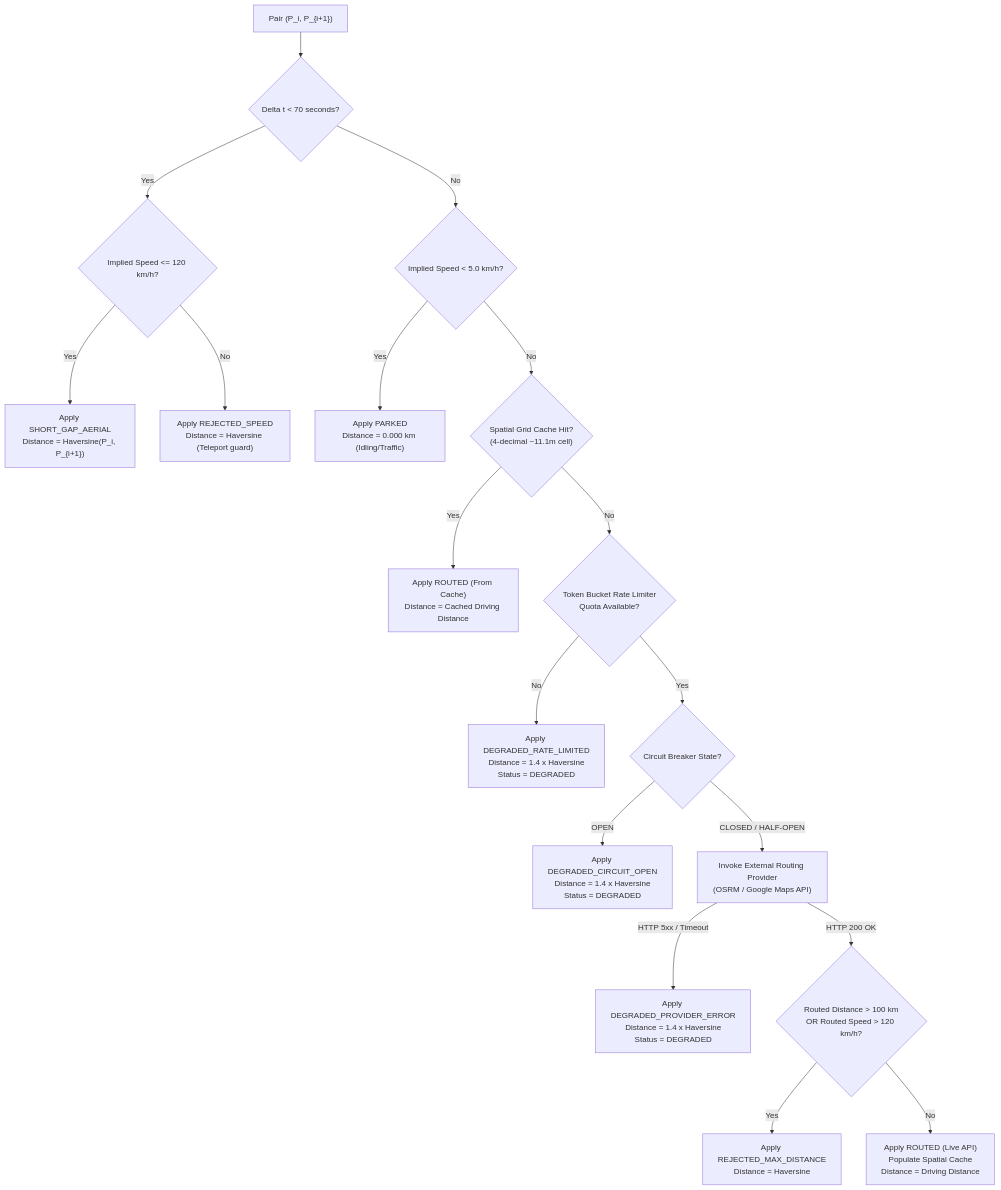
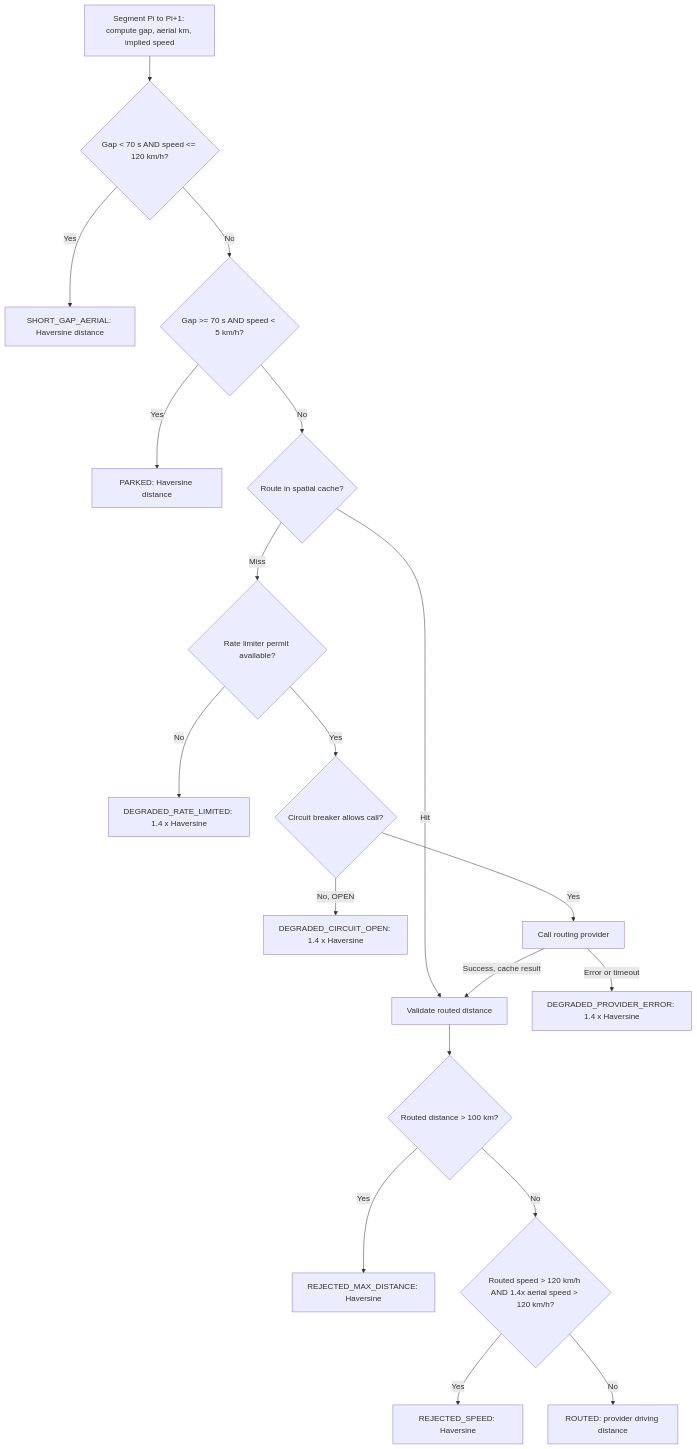
One commit to kamran-asif/GPS-Gap-Backfill-Billable-Distance-Reconstruction changed the third of 6 diagrams in README.md. Above: the diagram before and after it, drawn with Mermaid. The commit also changed other lines of this file, not shown here.

Commit message:
docs: professional README rewrite; align rules, API, schema and run instructions with code

````diff
--- a/README.md
+++ b/README.md
@@ -223,27 +244,21 @@
 ```mermaid
 flowchart TD
-    Start["Pair (P_i, P_{i+1})"] --> CheckTime{"Delta t < 70 seconds?"}
-    
-    CheckTime -- Yes --> CheckSpeed{"Implied Speed <= 120 km/h?"}
-    CheckSpeed -- Yes --> RuleAerial["Apply SHORT_GAP_AERIAL<br/>Distance = Haversine(P_i, P_{i+1})"]
-    CheckSpeed -- No --> RuleRejectSpeed["Apply REJECTED_SPEED<br/>Distance = Haversine (Teleport guard)"]
-    
-    CheckTime -- No --> CheckParked{"Implied Speed < 5.0 km/h?"}
-    CheckParked -- Yes --> RuleParked["Apply PARKED<br/>Distance = 0.000 km (Idling/Traffic)"]
-    
-    CheckParked -- No --> CheckCache{"Spatial Grid Cache Hit?<br/>(4-decimal ~11.1m cell)"}
-    CheckCache -- Yes --> RuleRoutedCache["Apply ROUTED (From Cache)<br/>Distance = Cached Driving Distance"]
-    
-    CheckCache -- No --> CheckLimiter{"Token Bucket Rate Limiter<br/>Quota Available?"}
-    CheckLimiter -- No --> RuleDegradedRate["Apply DEGRADED_RATE_LIMITED<br/>Distance = 1.4 x Haversine<br/>Status = DEGRADED"]
-    
-    CheckLimiter -- Yes --> CheckCB{"Circuit Breaker State?"}
-    CheckCB -- OPEN --> RuleDegradedCB["Apply DEGRADED_CIRCUIT_OPEN<br/>Distance = 1.4 x Haversine<br/>Status = DEGRADED"]
-    
-    CheckCB -- CLOSED / HALF-OPEN --> CallProvider["Invoke External Routing Provider<br/>(OSRM / Google Maps API)"]
-    CallProvider -- HTTP 5xx / Timeout --> RuleDegradedErr["Apply DEGRADED_PROVIDER_ERROR<br/>Distance = 1.4 x Haversine<br/>Status = DEGRADED"]
-    
-    CallProvider -- HTTP 200 OK --> CheckAnomalies{"Routed Distance > 100 km<br/>OR Routed Speed > 120 km/h?"}
-    CheckAnomalies -- Yes --> RuleRejectMax["Apply REJECTED_MAX_DISTANCE<br/>Distance = Haversine"]
-    CheckAnomalies -- No --> RuleRoutedLive["Apply ROUTED (Live API)<br/>Populate Spatial Cache<br/>Distance = Driving Distance"]
+    START["Segment Pi to Pi+1: compute gap, aerial km, implied speed"] --> Q1{"Gap < 70 s AND speed <= 120 km/h?"}
+    Q1 -- Yes --> R1["SHORT_GAP_AERIAL: Haversine distance"]
+    Q1 -- No --> Q2{"Gap >= 70 s AND speed < 5 km/h?"}
+    Q2 -- Yes --> R2["PARKED: Haversine distance"]
+    Q2 -- No --> Q3{"Route in spatial cache?"}
+    Q3 -- Hit --> V["Validate routed distance"]
+    Q3 -- Miss --> Q4{"Rate limiter permit available?"}
+    Q4 -- No --> D1["DEGRADED_RATE_LIMITED: 1.4 x Haversine"]
+    Q4 -- Yes --> Q5{"Circuit breaker allows call?"}
+    Q5 -- "No, OPEN" --> D2["DEGRADED_CIRCUIT_OPEN: 1.4 x Haversine"]
+    Q5 -- Yes --> P["Call routing provider"]
+    P -- "Error or timeout" --> D3["DEGRADED_PROVIDER_ERROR: 1.4 x Haversine"]
+    P -- "Success, cache result" --> V
+    V --> Q6{"Routed distance > 100 km?"}
+    Q6 -- Yes --> X1["REJECTED_MAX_DISTANCE: Haversine"]
+    Q6 -- No --> Q7{"Routed speed > 120 km/h AND 1.4x aerial speed > 120 km/h?"}
+    Q7 -- Yes --> X2["REJECTED_SPEED: Haversine"]
+    Q7 -- No --> R3["ROUTED: provider driving distance"]
 ```
````
